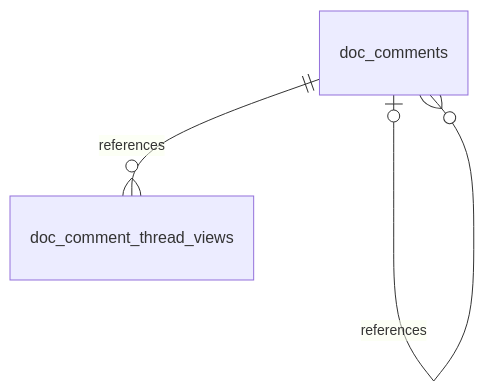
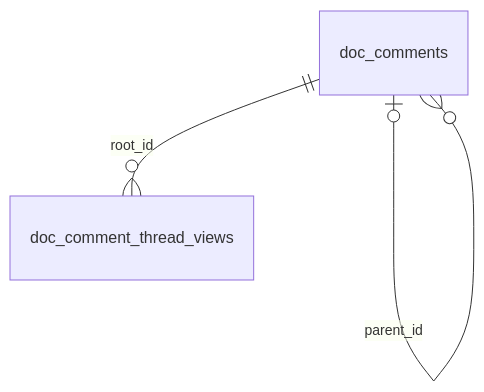
Before and after one commit to cebertowicz/corsia: the second of 4 diagrams in docs/reference/data-model/documents-and-artifacts.md, drawn with Mermaid. The commit also changed other lines of this file and 10 other files, not shown here.

````diff
--- a/docs/reference/data-model/documents-and-artifacts.md
+++ b/docs/reference/data-model/documents-and-artifacts.md
@@ -19,5 +19,5 @@
 ```mermaid
 erDiagram
-    doc_comments ||--o{ doc_comment_thread_views : references
-    doc_comments o|--o{ doc_comments : references
+    doc_comments ||--o{ doc_comment_thread_views : root_id
+    doc_comments o|--o{ doc_comments : parent_id
 ```
````
